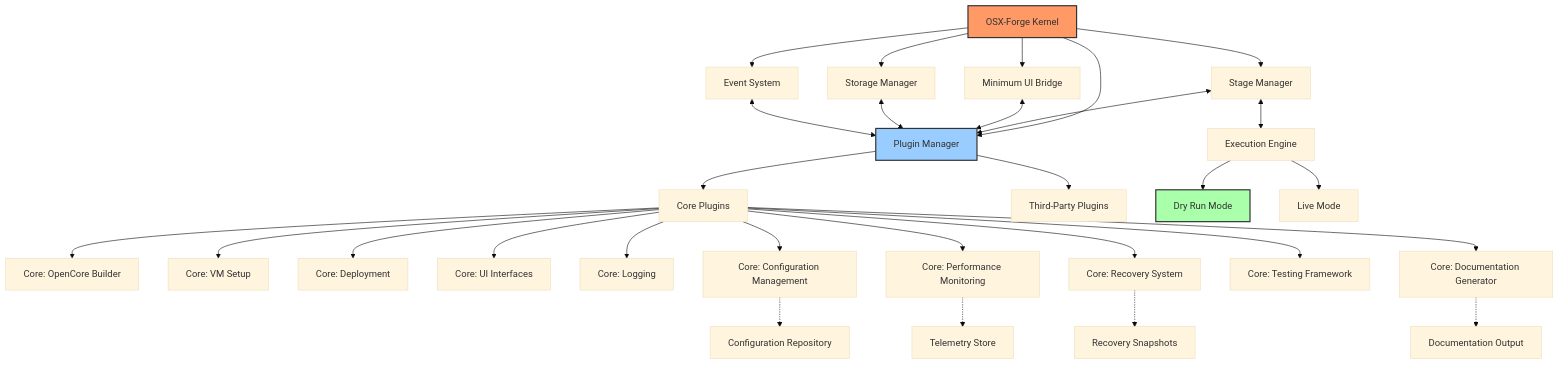
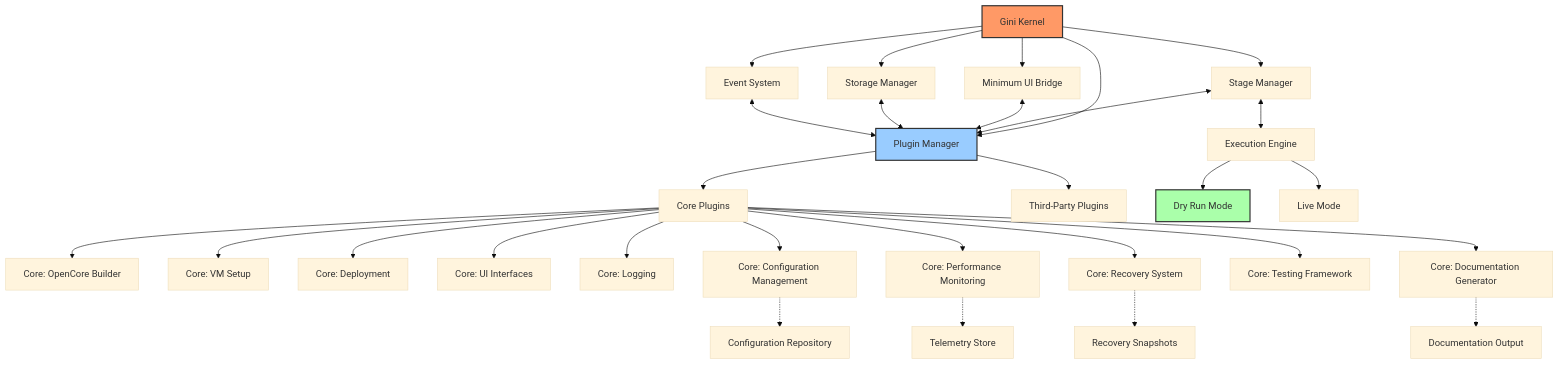
One commit to kunihir0/gini changed the first of 9 diagrams in docs/readme.asciidoc. Above: the diagram before and after it, drawn with Mermaid (base theme). The commit also changed other lines of this file and 6 other files, not shown here.

```diff
--- a/docs/readme.asciidoc
+++ b/docs/readme.asciidoc
@@ -25,36 +25,36 @@
 [mermaid]
 ....
 graph TD
-    A[OSX-Forge Kernel] --> B[Plugin Manager]
+    A[Gini Kernel] --> B[Plugin Manager]
     A --> C[Stage Manager]
     A --> D[Minimum UI Bridge]
     A --> E[Storage Manager]
     A --> F[Event System]
     B --> G[Core Plugins]
     B --> H[Third-Party Plugins]
     G --> CP1[Core: OpenCore Builder]
     G --> CP2[Core: VM Setup]
     G --> CP3[Core: Deployment]
     G --> CP4[Core: UI Interfaces]
     G --> CP5[Core: Logging]
     G --> CP6[Core: Configuration Management]
     G --> CP7[Core: Performance Monitoring]
     G --> CP8[Core: Recovery System]
     G --> CP9[Core: Testing Framework]
     G --> CP10[Core: Documentation Generator]
     C <--> B
     C <--> EX[Execution Engine]
     EX --> DR[Dry Run Mode]
     EX --> LI[Live Mode]
     D <--> B
     E <--> B
     F <--> B
     CP6 -.-> REP[Configuration Repository]
     CP7 -.-> TM[Telemetry Store]
     CP8 -.-> RS[Recovery Snapshots]
     CP10 -.-> DOCS[Documentation Output]
     
     style A fill:#f96,stroke:#333,stroke-width:2px
     style B fill:#9cf,stroke:#333,stroke-width:2px
     style DR fill:#afa,stroke:#333,stroke-width:2px
 ....
```
